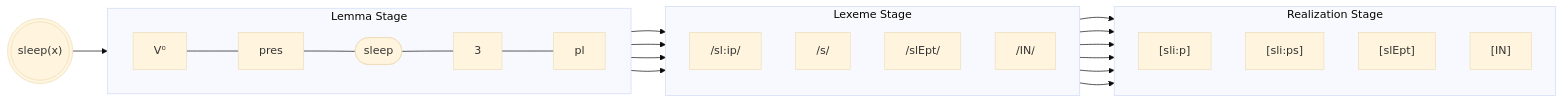
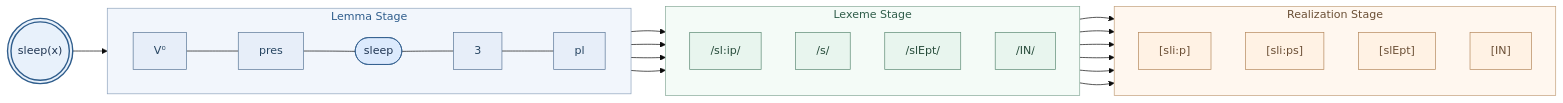
The first of 3 diagrams in posts/clip/index.qmd (utkuturk/utkuturk.github.io), drawn with Mermaid (base theme) before and after one commit. The commit also changed other lines of this file and 55 other files, not shown here.

````diff
--- a/posts/clip/index.qmd
+++ b/posts/clip/index.qmd
@@ -54,39 +55,63 @@
 ```{mermaid}
+%%| fig-align: center
+
 graph LR
     %% Conceptual Stage
     C2((("sleep(x)")))
     
     %% Lemma Stage (Centralized)
     subgraph Lemma_Stage ["Lemma Stage"]
         direction LR
         F1["V⁰"] --- F2["pres"] --- L1(["sleep"]) --- F3["3"] --- F4["pl"]
     end
 
     %% Lexeme Stage
     subgraph Lexeme_Stage ["Lexeme Stage"]
         direction TB
         LX1["/sl:ip/"]
         LX2["/s/"]
         LX3["/slEpt/"]
         LX4["/IN/"]
     end
 
     %% Realization Stage
     subgraph Realization_Stage ["Realization Stage"]
         direction TB
         R1["[sli:p]"]
         R2["[sli:ps]"]
         R3["[slEpt]"]
         R4["[IN]"]
     end
 
     %% Strict Linear Connections
     C2 --> L1
     L1 --> LX1 & LX2 & LX3 & LX4
     LX1 --> R1
     LX1 --> R2
     LX1 --> R3
     LX2 --> R2
     LX3 --> R3
     LX4 --> R4
+
+    %% Visual styling
+    style C2 fill:#e8f1fb,stroke:#2f5d8c,stroke-width:2px,color:#1f3552
+    style Lemma_Stage fill:#f2f6fc,stroke:#8fa4be,color:#2f5d8c
+    style Lexeme_Stage fill:#f4fbf7,stroke:#86a998,color:#2f5d4a
+    style Realization_Stage fill:#fff7ef,stroke:#c2a07b,color:#6b4f35
+
+    style F1 fill:#e7eef9,stroke:#5a7697,color:#274562
+    style F2 fill:#e7eef9,stroke:#5a7697,color:#274562
+    style F3 fill:#e7eef9,stroke:#5a7697,color:#274562
+    style F4 fill:#e7eef9,stroke:#5a7697,color:#274562
+    style L1 fill:#dceafd,stroke:#2f5d8c,color:#1f3552
+
+    style LX1 fill:#e8f5ee,stroke:#5c8a74,color:#264b3a
+    style LX2 fill:#e8f5ee,stroke:#5c8a74,color:#264b3a
+    style LX3 fill:#e8f5ee,stroke:#5c8a74,color:#264b3a
+    style LX4 fill:#e8f5ee,stroke:#5c8a74,color:#264b3a
+
+    style R1 fill:#fff2e4,stroke:#b4885d,color:#6b4f35
+    style R2 fill:#fff2e4,stroke:#b4885d,color:#6b4f35
+    style R3 fill:#fff2e4,stroke:#b4885d,color:#6b4f35
+    style R4 fill:#fff2e4,stroke:#b4885d,color:#6b4f35
 ```
````
